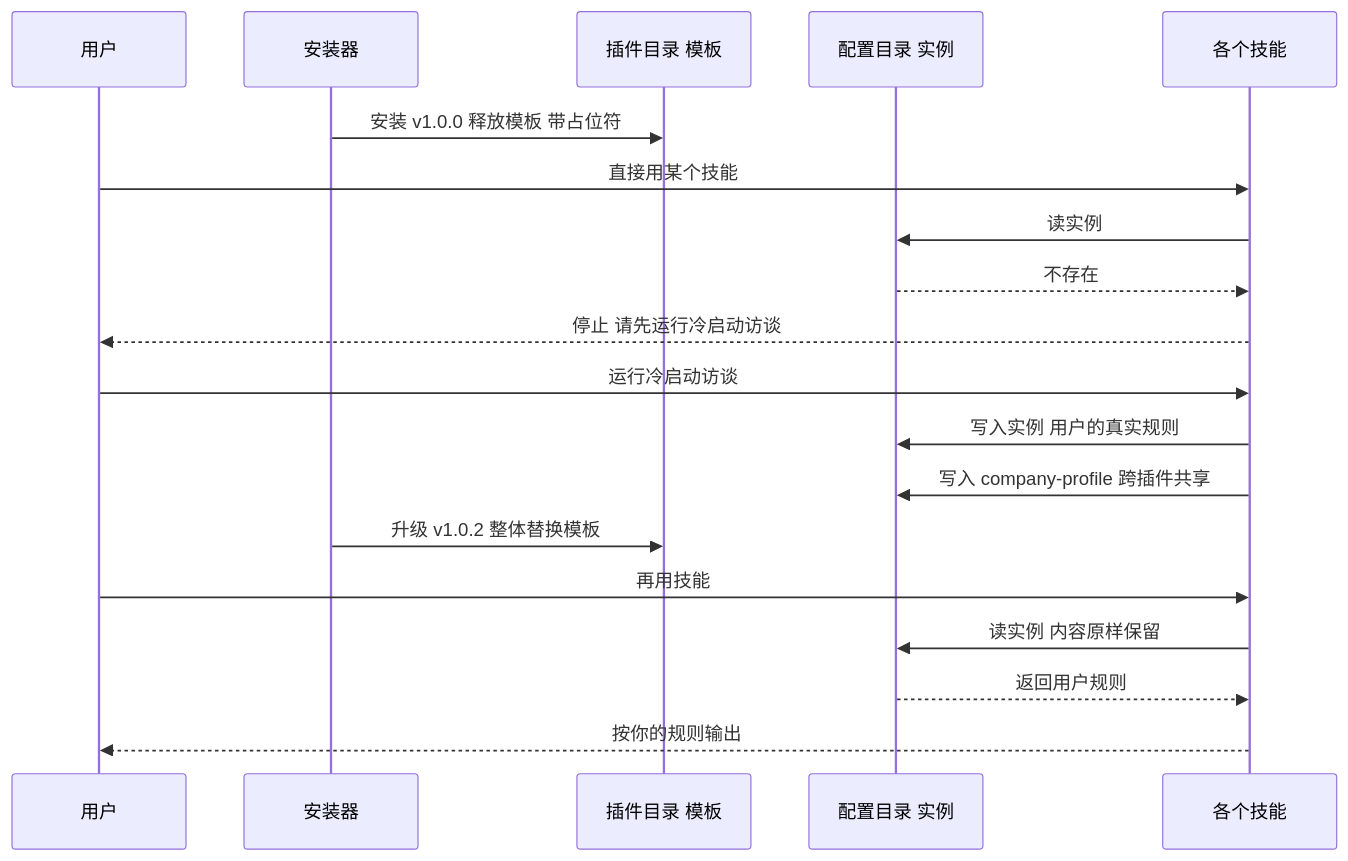
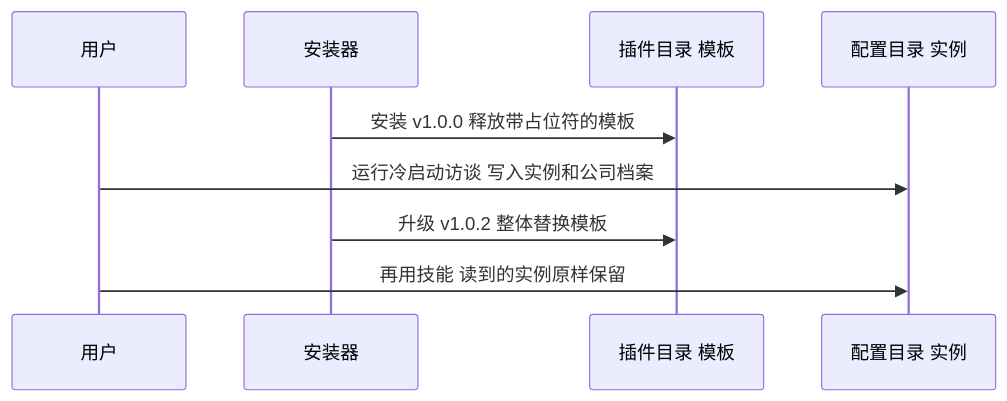
One commit to diguike/book-source-reading changed the third of 7 diagrams in book/08-claude-for-legal.md. Above: the diagram before and after it, drawn with Mermaid. The commit also changed other lines of this file and 14 other files, not shown here.

````diff
--- a/book/08-claude-for-legal.md
+++ b/book/08-claude-for-legal.md
@@ -340,21 +336,11 @@
 ```mermaid
 sequenceDiagram
     participant U as 用户
     participant I as 安装器
     participant T as 插件目录 模板
     participant C as 配置目录 实例
-    participant S as 各个技能
-    I->>T: 安装 v1.0.0 释放模板 带占位符
-    U->>S: 直接用某个技能
-    S->>C: 读实例
-    C-->>S: 不存在
-    S-->>U: 停止 请先运行冷启动访谈
-    U->>S: 运行冷启动访谈
-    S->>C: 写入实例 用户的真实规则
-    S->>C: 写入 company-profile 跨插件共享
+    I->>T: 安装 v1.0.0 释放带占位符的模板
+    U->>C: 运行冷启动访谈 写入实例和公司档案
     I->>T: 升级 v1.0.2 整体替换模板
-    U->>S: 再用技能
-    S->>C: 读实例 内容原样保留
-    C-->>S: 返回用户规则
-    S-->>U: 按你的规则输出
+    U->>C: 再用技能 读到的实例原样保留
 ```
````
